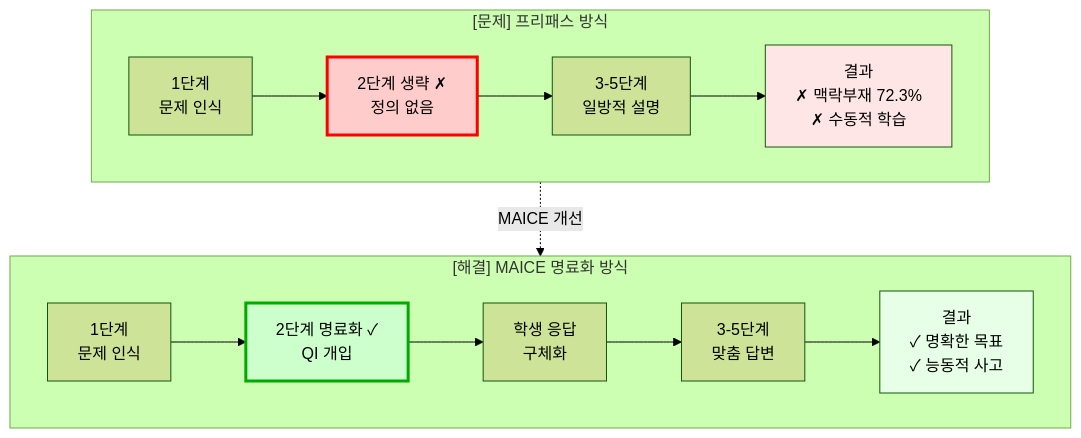
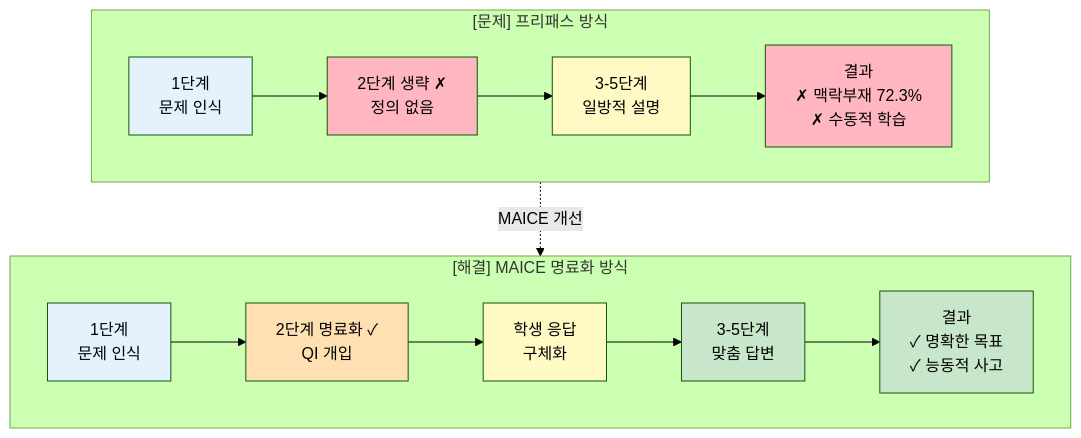
Before and after one commit to KimKyuBong/maice-paper-deploy: the first of 5 diagrams in docs/chapters/02-theoretical-background.md, drawn with Mermaid (forest theme). The commit also changed other lines of this file and 107 other files, not shown here.

````diff
--- a/docs/chapters/02-theoretical-background.md
+++ b/docs/chapters/02-theoretical-background.md
@@ -30,30 +30,35 @@
 ```mermaid
 flowchart TB
     subgraph problem["[문제] 프리패스 방식"]
         direction LR
         p1["1단계<br/>문제 인식"]
         p2["2단계 생략 ✗<br/>정의 없음"]
         p3["3-5단계<br/>일방적 설명"]
         p4["결과<br/>✗ 맥락부재 72.3%<br/>✗ 수동적 학습"]
         
         p1 --> p2 --> p3 --> p4
     end
     
     subgraph solution["[해결] MAICE 명료화 방식"]
         direction LR
         s1["1단계<br/>문제 인식"]
         s2["2단계 명료화 ✓<br/>QI 개입"]
         s3["학생 응답<br/>구체화"]
         s4["3-5단계<br/>맞춤 답변"]
         s5["결과<br/>✓ 명확한 목표<br/>✓ 능동적 사고"]
         
         s1 --> s2 --> s3 --> s4 --> s5
     end
     
     problem -.->|"MAICE 개선"| solution
     
-    style p2 fill:#ffcccc,stroke:#ff0000,stroke-width:3px
-    style s2 fill:#ccffcc,stroke:#00aa00,stroke-width:3px
-    style p4 fill:#ffe6e6
-    style s5 fill:#e6ffe6
+    style p1 fill:#E3F2FD
+    style p2 fill:#FFB6C1
+    style p3 fill:#FFF9C4
+    style p4 fill:#FFB6C1
+    style s1 fill:#E3F2FD
+    style s2 fill:#FFE0B2
+    style s3 fill:#FFF9C4
+    style s4 fill:#C8E6C9
+    style s5 fill:#C8E6C9
 ```
````
